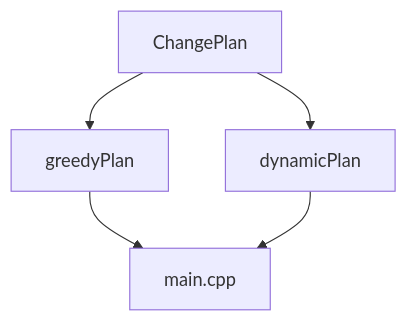
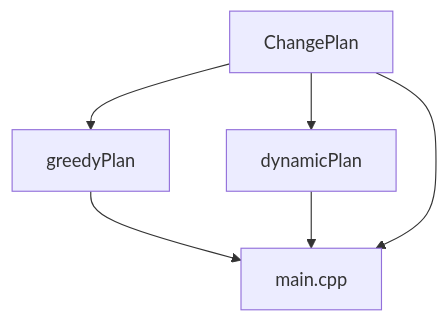
The diagram in README.md (Tozturk18/COMP318_Proj3), drawn with Mermaid before and after one commit.

Commit message:
final edit

````diff
--- a/README.md
+++ b/README.md
@@ -11,7 +11,8 @@
   ```mermaid
 graph TD;
     ChangePlan-->greedyPlan;
     greedyPlan-->main.cpp;
     ChangePlan-->dynamicPlan;
     dynamicPlan-->main.cpp;
+    ChangePlan-->main.cpp;
 ```
````
